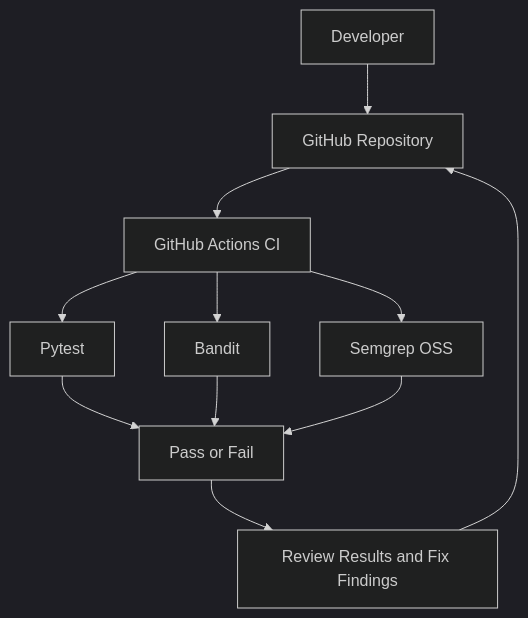
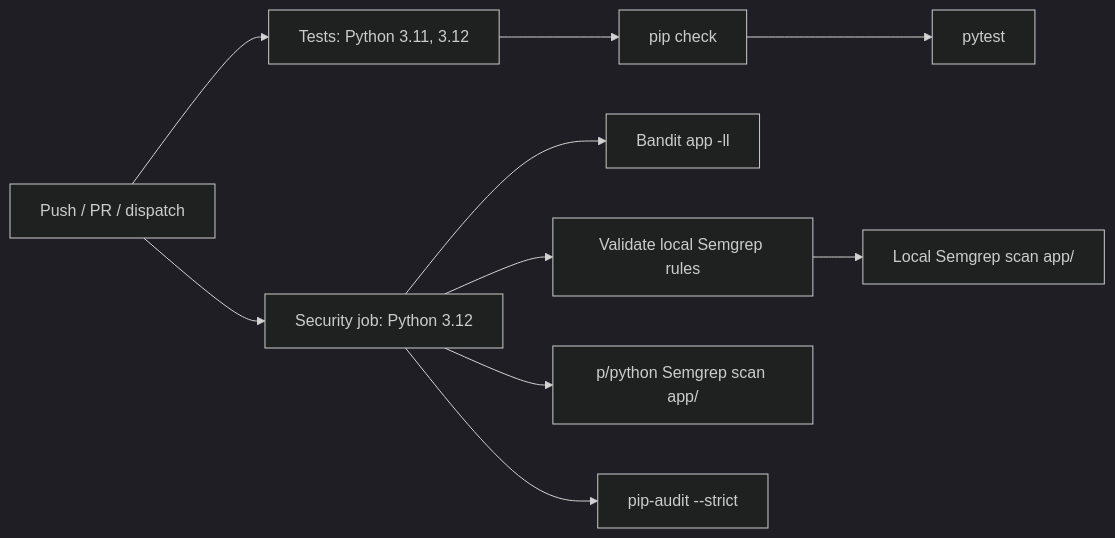
The third of 3 diagrams in docs/architecture.md (charansaiteja-cloud/CodeAlpha_SecureCodeReview), drawn with Mermaid (dark theme) before and after one commit. The commit also changed other lines of this file and 35 other files, not shown here.

````diff
--- a/docs/architecture.md
+++ b/docs/architecture.md
@@ -3,13 +89,11 @@
 ```mermaid
-flowchart TD
-    A[Developer] --> B[GitHub Repository]
-    B --> C[GitHub Actions CI]
-    C --> D[Pytest]
-    C --> E[Bandit]
-    C --> F[Semgrep OSS]
-    D --> G[Pass or Fail]
-    E --> G
-    F --> G
-    G --> H[Review Results and Fix Findings]
-    H --> B
+flowchart LR
+    P[Push / PR / dispatch] --> T[Tests: Python 3.11, 3.12]
+    P --> S[Security job: Python 3.12]
+    T --> PC[pip check] --> PT[pytest]
+    S --> B[Bandit app -ll]
+    S --> V[Validate local Semgrep rules]
+    V --> L[Local Semgrep scan app/]
+    S --> R[p/python Semgrep scan app/]
+    S --> A[pip-audit --strict]
 ```
````
